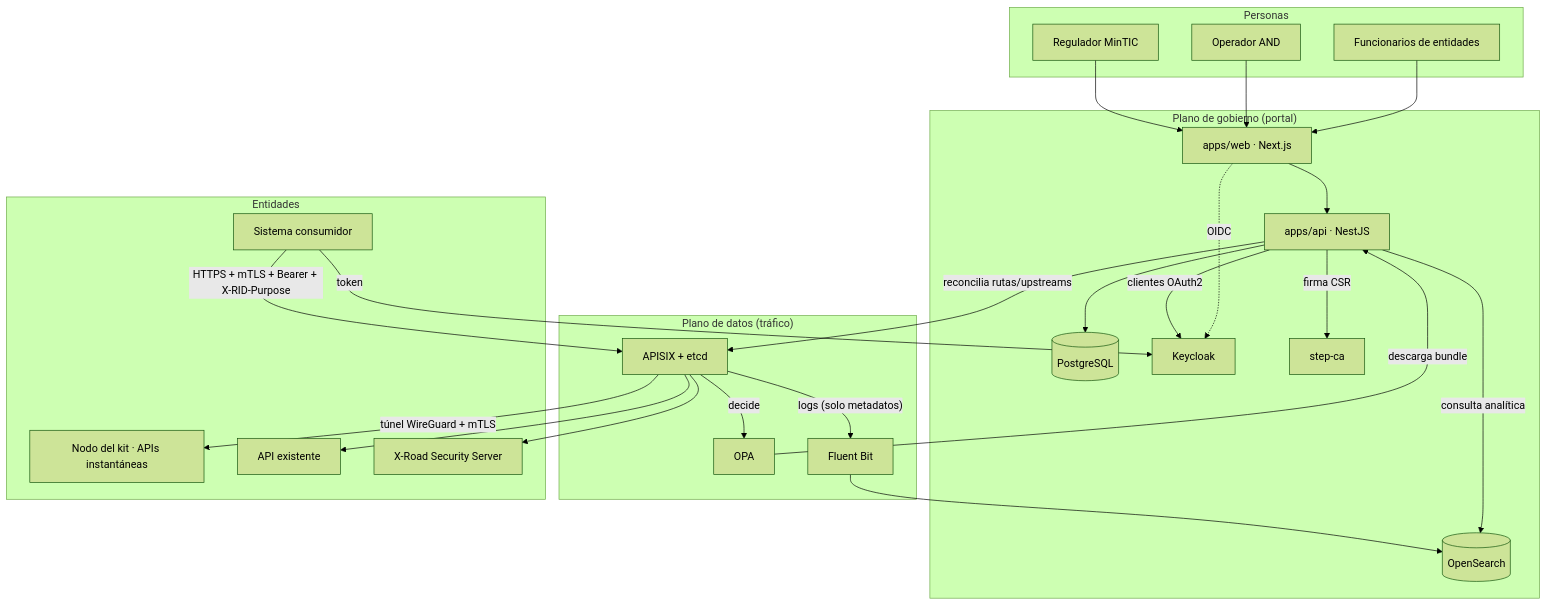
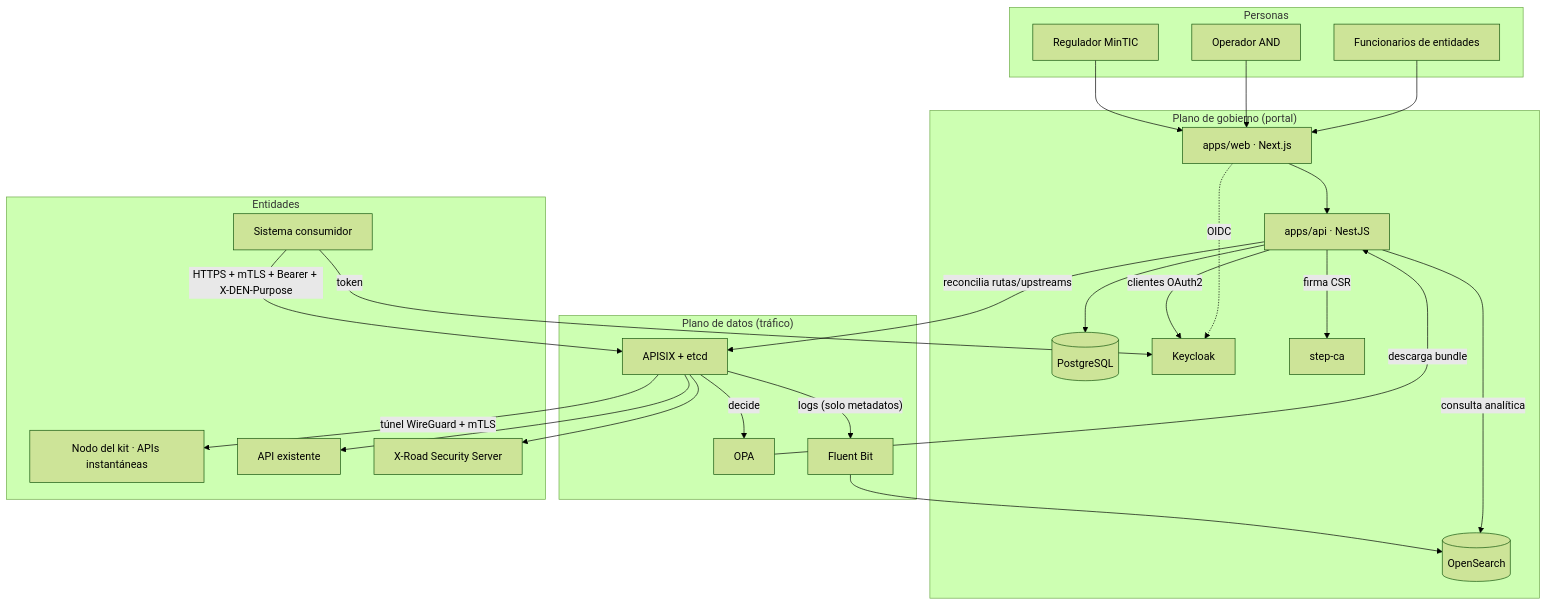
One commit to centre-for-dpi/data-exchange-admin-portal changed the first of 2 diagrams in docs/es/ARCHITECTURE.md. Above: the diagram before and after it, drawn with Mermaid (forest theme). The commit also changed other lines of this file and 541 other files, not shown here.

````diff
--- a/docs/es/ARCHITECTURE.md
+++ b/docs/es/ARCHITECTURE.md
@@ -9,41 +9,41 @@
 ```mermaid
 flowchart TB
   subgraph Personas
     U1[Funcionarios de entidades]
     U2[Operador AND]
     U3[Regulador MinTIC]
   end
   subgraph Plano_de_gobierno["Plano de gobierno (portal)"]
     WEB[apps/web · Next.js]
     API[apps/api · NestJS]
     PG[(PostgreSQL)]
     KC[Keycloak]
     CA[step-ca]
     OS[(OpenSearch)]
   end
   subgraph Plano_de_datos["Plano de datos (tráfico)"]
     GW[APISIX + etcd]
     OPA[OPA]
     FB[Fluent Bit]
   end
   subgraph Entidades
     C[Sistema consumidor]
     N1[Nodo del kit · APIs instantáneas]
     D1[API existente]
     XR[X-Road Security Server]
   end
   U1 & U2 & U3 --> WEB --> API --> PG
   WEB -. OIDC .-> KC
   API -- reconcilia rutas/upstreams --> GW
   API -- clientes OAuth2 --> KC
   API -- firma CSR --> CA
   OPA -- descarga bundle --> API
   API -- consulta analítica --> OS
   C -- token --> KC
-  C -- "HTTPS + mTLS + Bearer + X-RID-Purpose" --> GW
+  C -- "HTTPS + mTLS + Bearer + X-DEN-Purpose" --> GW
   GW -- decide --> OPA
   GW -- túnel WireGuard + mTLS --> N1
   GW --> D1
   GW --> XR
   GW -- logs (solo metadatos) --> FB --> OS
 ```
````
